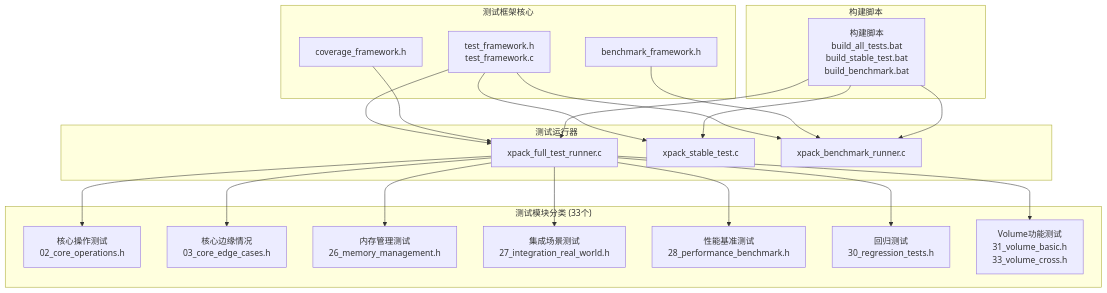
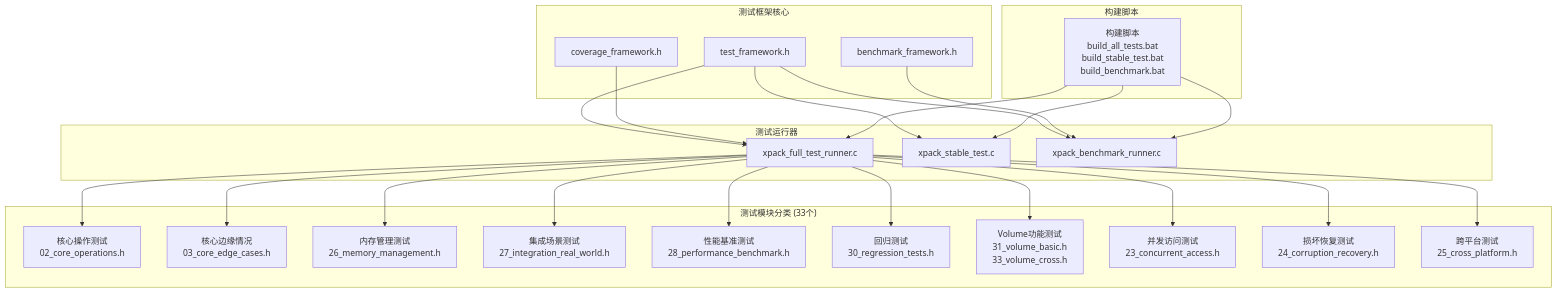
One commit to xywhsoft/xpack changed the first of 4 diagrams in .qoder/repowiki/zh/content/开发者指南/测试框架.md. Above: the diagram before and after it, drawn with Mermaid. The commit also changed other lines of this file and 6 other files, not shown here.

````diff
--- a/.qoder/repowiki/zh/content/开发者指南/测试框架.md
+++ b/.qoder/repowiki/zh/content/开发者指南/测试框架.md
@@ -56,40 +55,46 @@
 ```mermaid
 graph TB
 subgraph "测试框架核心"
-TFramework["test_framework.h<br/>test_framework.c"]
+TFramework["test_framework.h"]
 Coverage["coverage_framework.h"]
 Benchmark["benchmark_framework.h"]
 end
 subgraph "测试运行器"
 FullRunner["xpack_full_test_runner.c"]
 StableRunner["xpack_stable_test.c"]
 BenchRunner["xpack_benchmark_runner.c"]
 end
 subgraph "测试模块分类 (33个)"
 CoreOps["核心操作测试<br/>02_core_operations.h"]
 CoreEdge["核心边缘情况<br/>03_core_edge_cases.h"]
 MemMgmt["内存管理测试<br/>26_memory_management.h"]
 Integration["集成场景测试<br/>27_integration_real_world.h"]
 PerfBenchmark["性能基准测试<br/>28_performance_benchmark.h"]
 Regression["回归测试<br/>30_regression_tests.h"]
 Volume["Volume功能测试<br/>31_volume_basic.h<br/>33_volume_cross.h"]
+Concurrent["并发访问测试<br/>23_concurrent_access.h"]
+Recovery["损坏恢复测试<br/>24_corruption_recovery.h"]
+CrossPlatform["跨平台测试<br/>25_cross_platform.h"]
 end
 subgraph "构建脚本"
 BuildScripts["构建脚本<br/>build_all_tests.bat<br/>build_stable_test.bat<br/>build_benchmark.bat"]
 end
 TFramework --> FullRunner
 TFramework --> StableRunner
 TFramework --> BenchRunner
 Coverage --> FullRunner
 Benchmark --> BenchRunner
 FullRunner --> CoreOps
 FullRunner --> CoreEdge
 FullRunner --> MemMgmt
 FullRunner --> Integration
 FullRunner --> PerfBenchmark
 FullRunner --> Regression
 FullRunner --> Volume
+FullRunner --> Concurrent
+FullRunner --> Recovery
+FullRunner --> CrossPlatform
 BuildScripts --> FullRunner
 BuildScripts --> StableRunner
 BuildScripts --> BenchRunner
 ```
````
